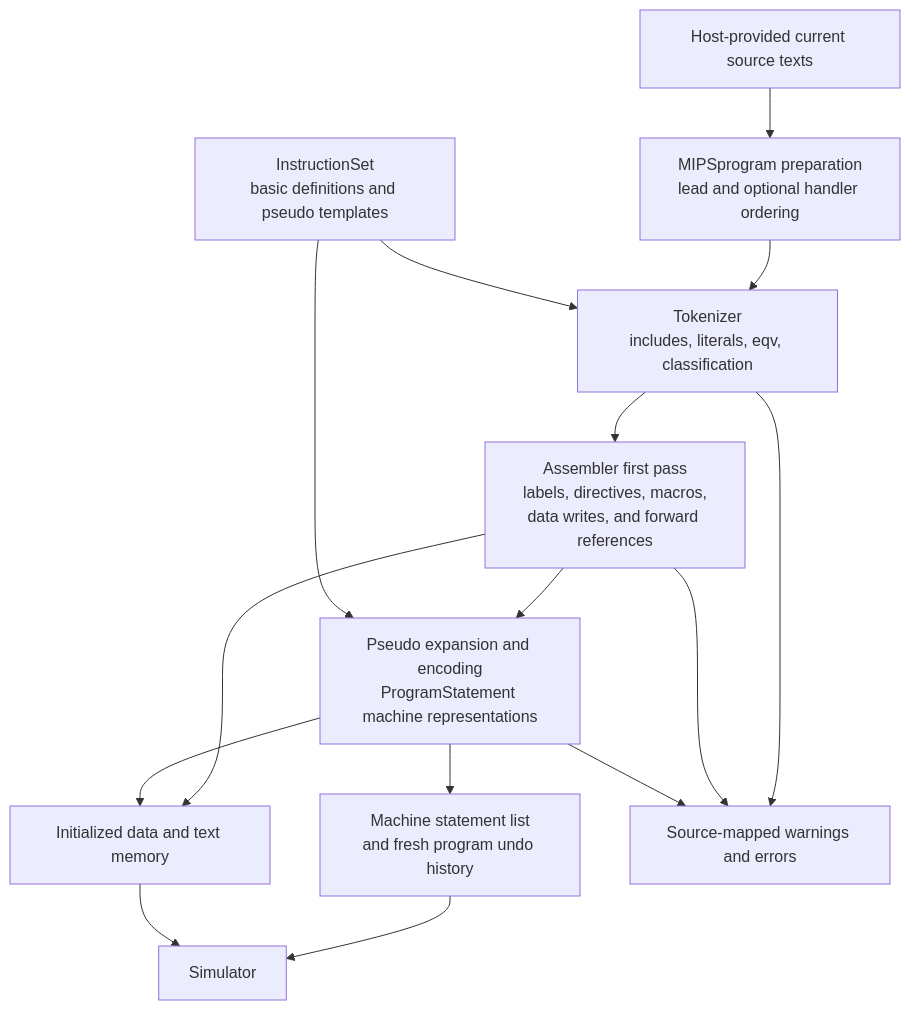
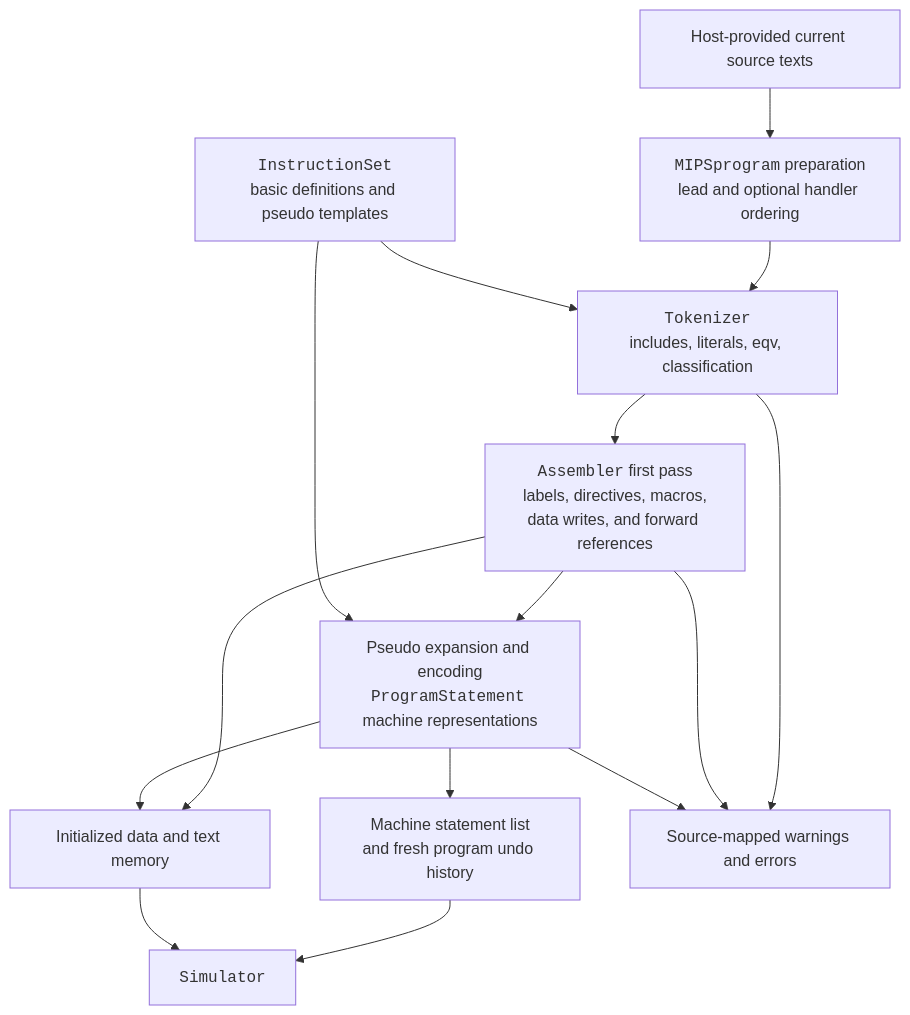
The third of 4 diagrams in src/lib/engine/README.md (awpala/MARS-ts), drawn with Mermaid before and after one commit. The commit also changed other lines of this file and 9 other files, not shown here.

Commit message:
chore: add code/monospace formatting to diagram blocks

````diff
--- a/src/lib/engine/README.md
+++ b/src/lib/engine/README.md
@@ -122,17 +122,17 @@
 ```mermaid
 flowchart TB
-    Host["Host-provided current source texts"] --> Programs["MIPSprogram preparation<br/>lead and optional handler ordering"]
-    Programs --> Tokens["Tokenizer<br/>includes, literals, eqv, classification"]
-    Tokens --> Pass1["Assembler first pass<br/>labels, directives, macros,<br/>data writes, and forward references"]
-    Pass1 --> Pass2["Pseudo expansion and encoding<br/>ProgramStatement machine representations"]
-    Instructions["InstructionSet<br/>basic definitions and pseudo templates"] --> Tokens
+    Host["Host-provided current source texts"] --> Programs["<code>MIPSprogram</code> preparation<br/>lead and optional handler ordering"]
+    Programs --> Tokens["<code>Tokenizer</code><br/>includes, literals, eqv, classification"]
+    Tokens --> Pass1["<code>Assembler</code> first pass<br/>labels, directives, macros,<br/>data writes, and forward references"]
+    Pass1 --> Pass2["Pseudo expansion and encoding<br/><code>ProgramStatement</code> machine representations"]
+    Instructions["<code>InstructionSet</code><br/>basic definitions and pseudo templates"] --> Tokens
     Instructions --> Pass2
     Pass1 --> Memory["Initialized data and text memory"]
     Pass2 --> Memory
     Pass2 --> MachineList["Machine statement list<br/>and fresh program undo history"]
     Tokens --> Diagnostics["Source-mapped warnings and errors"]
     Pass1 --> Diagnostics
     Pass2 --> Diagnostics
-    MachineList --> Simulator["Simulator"]
+    MachineList --> Simulator["<code>Simulator</code>"]
     Memory --> Simulator
 ```
````
